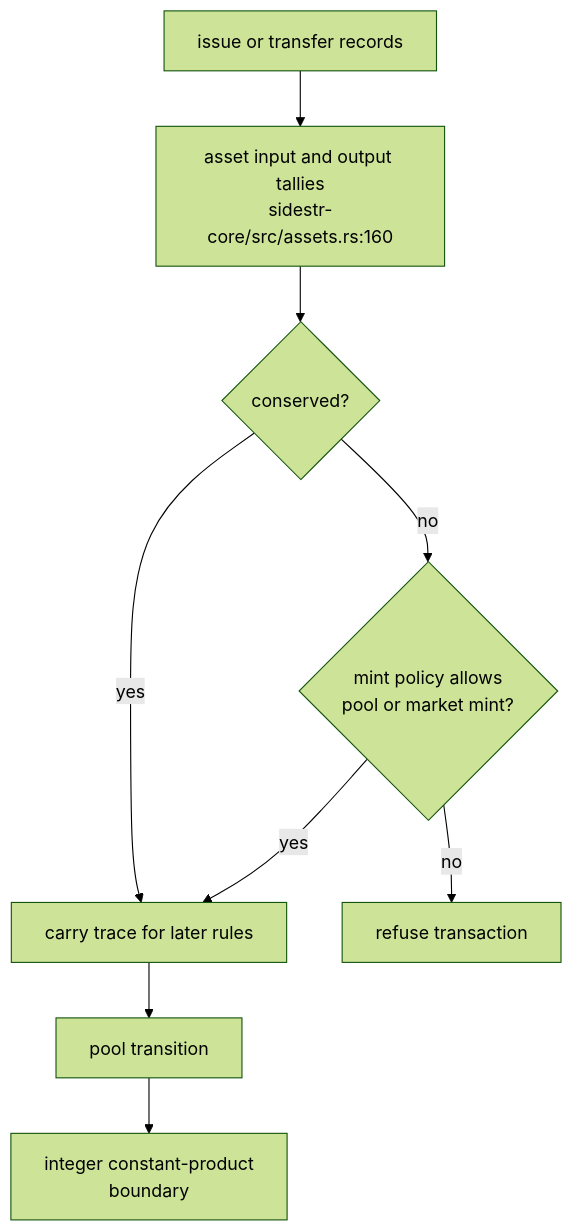
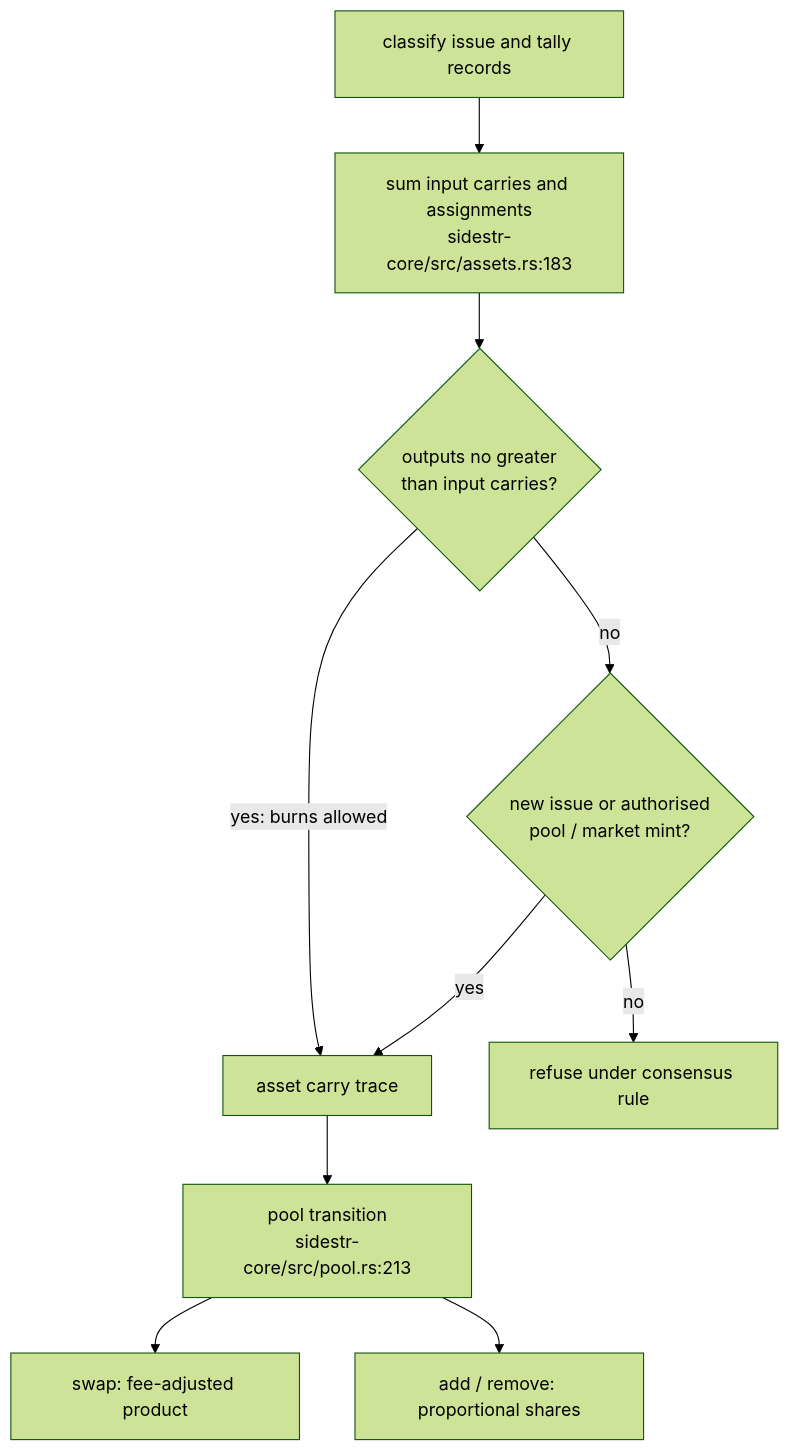
One commit to DreamLab-AI/VisionFlow changed the second of 4 diagrams in docs/diagrams/sidestr-rs/02-assets-pools-markets-and-eviction.md. Above: the diagram before and after it, drawn with Mermaid (forest theme). The commit also changed other lines of this file and 28 other files, not shown here.

````diff
--- a/docs/diagrams/sidestr-rs/02-assets-pools-markets-and-eviction.md
+++ b/docs/diagrams/sidestr-rs/02-assets-pools-markets-and-eviction.md
@@ -49,11 +54,12 @@
 ```mermaid
 flowchart TB
-    I["issue or transfer records"] --> T["asset input and output tallies<br/>sidestr-core/src/assets.rs:160"]
-    T --> C{"conserved?"}
-    C -->|yes| TRACE["carry trace for later rules"]
-    C -->|no| MP{"mint policy allows<br/>pool or market mint?"}
-    MP -->|no| REF["refuse transaction"]
+    I["classify issue and tally records"] --> T["sum input carries and assignments<br/>sidestr-core/src/assets.rs:183"]
+    T --> C{"outputs no greater<br/>than input carries?"}
+    C -->|yes: burns allowed| TRACE["asset carry trace"]
+    C -->|no| MP{"new issue or authorised<br/>pool / market mint?"}
+    MP -->|no| REF["refuse under consensus rule"]
     MP -->|yes| TRACE
-    TRACE --> P["pool transition"]
-    P --> K["integer constant-product<br/>boundary"]
+    TRACE --> P["pool transition<br/>sidestr-core/src/pool.rs:213"]
+    P --> SW["swap: fee-adjusted product"]
+    P --> LP["add / remove: proportional shares"]
 ```
````
